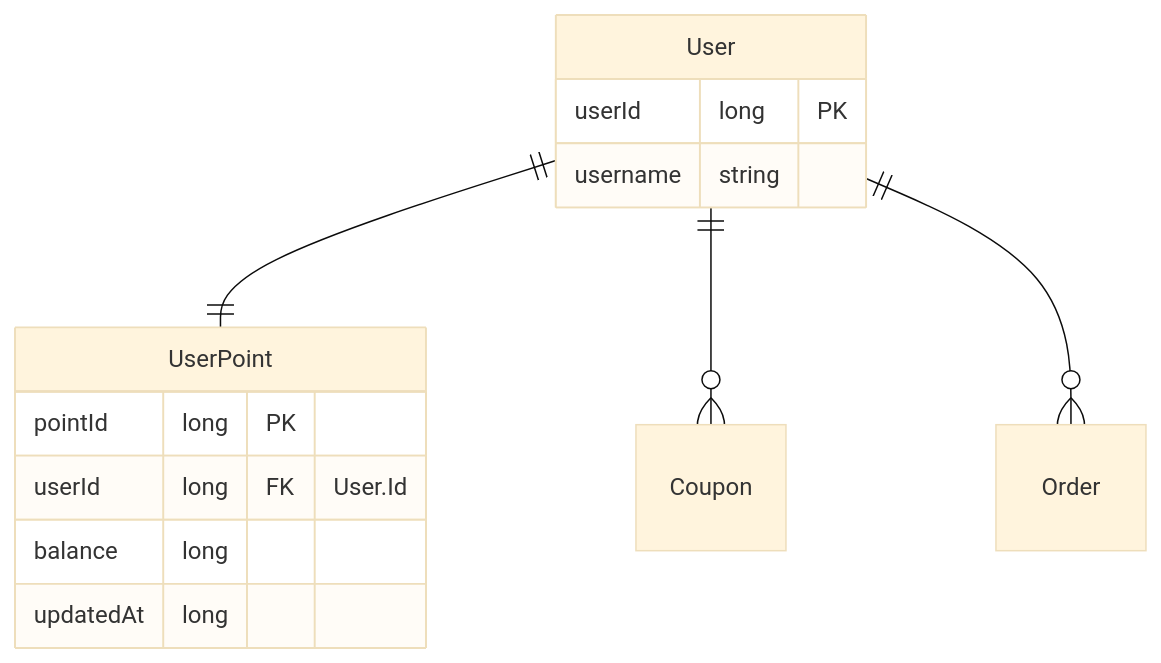
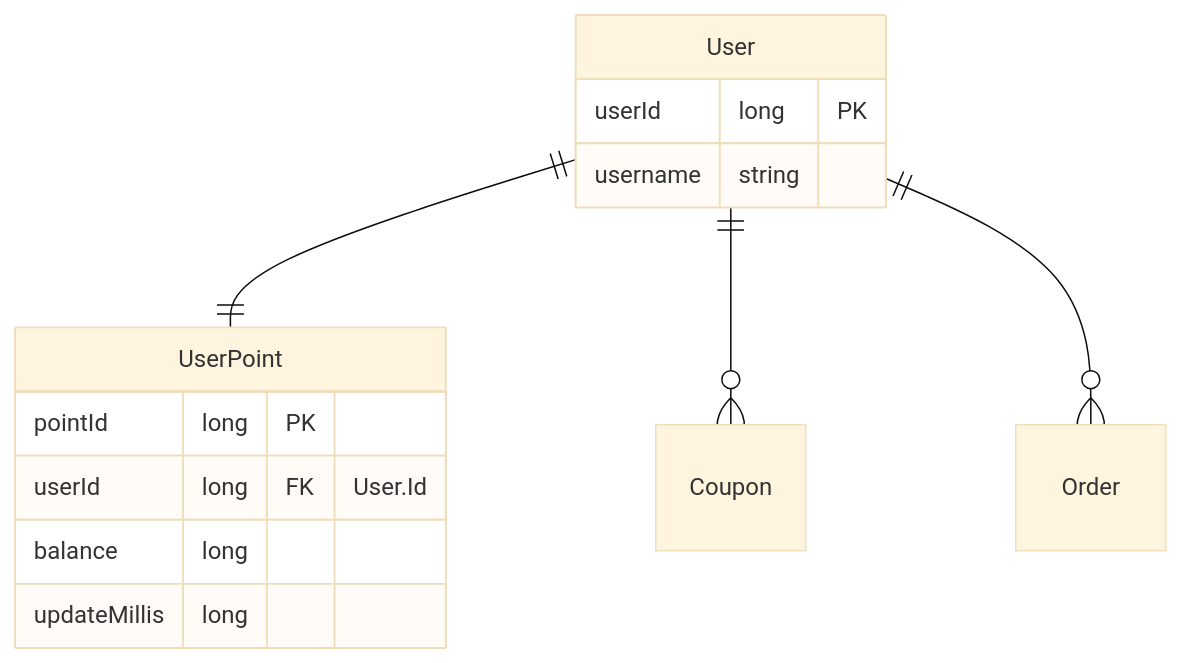
One commit to chapakook/kotlin-ecommerce changed the second of 5 diagrams in docs/erd.md. Above: the diagram before and after it, drawn with Mermaid (base theme). The commit also changed other lines of this file, not shown here.

Commit message:
[DOC] erd.md 업데이트 date -> millis

````diff
--- a/docs/erd.md
+++ b/docs/erd.md
@@ -105,16 +105,16 @@
 ```mermaid
 erDiagram
     User{
         userId long PK
         username string
     }
     UserPoint{
         pointId long PK
         userId long FK "User.Id"
         balance long
-        updatedAt long
+        updateMillis long
     }
     User ||--|| UserPoint: ""
     User ||--o{ Coupon:  ""
     User ||--o{ Order: ""
 ```
````
